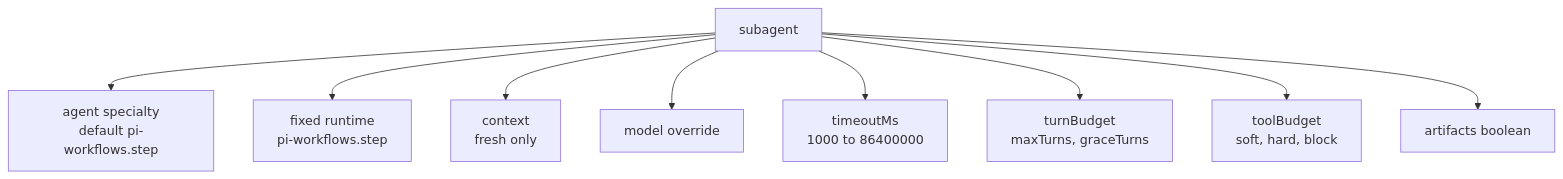
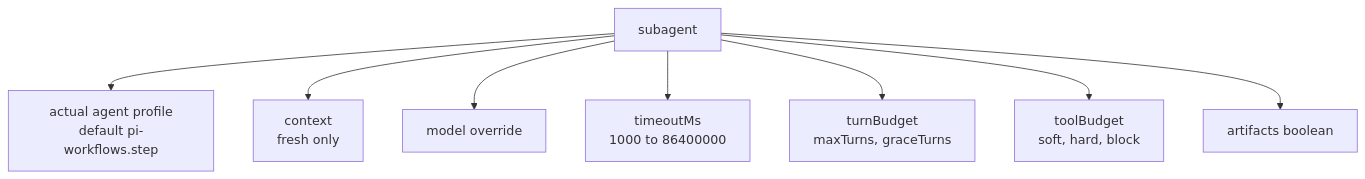
One commit to wichayutdew/pi-workflows changed the sixth of 7 diagrams in openwiki/authoring/workflow-files.md. Above: the diagram before and after it, drawn with Mermaid. The commit also changed other lines of this file and 42 other files, not shown here.

````diff
--- a/openwiki/authoring/workflow-files.md
+++ b/openwiki/authoring/workflow-files.md
@@ -181,11 +190,10 @@
 ```mermaid
 flowchart TD
-  Subagent[subagent] --> Specialty[agent specialty<br/>default pi-workflows.step]
-  Subagent --> Runtime[fixed runtime<br/>pi-workflows.step]
+  Subagent[subagent] --> Profile[actual agent profile<br/>default pi-workflows.step]
   Subagent --> Context[context<br/>fresh only]
   Subagent --> Model[model override]
   Subagent --> Timeout[timeoutMs<br/>1000 to 86400000]
   Subagent --> TurnBudget[turnBudget<br/>maxTurns, graceTurns]
   Subagent --> ToolBudget[toolBudget<br/>soft, hard, block]
   Subagent --> Artifacts[artifacts boolean]
 ```
````
